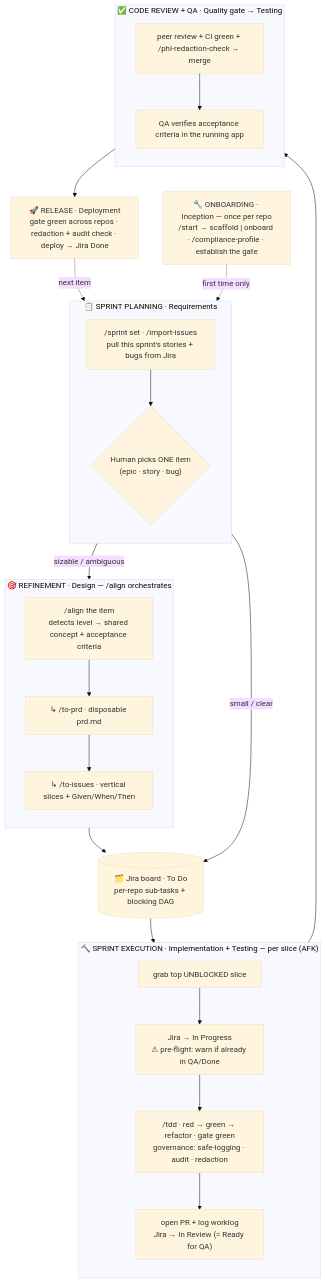
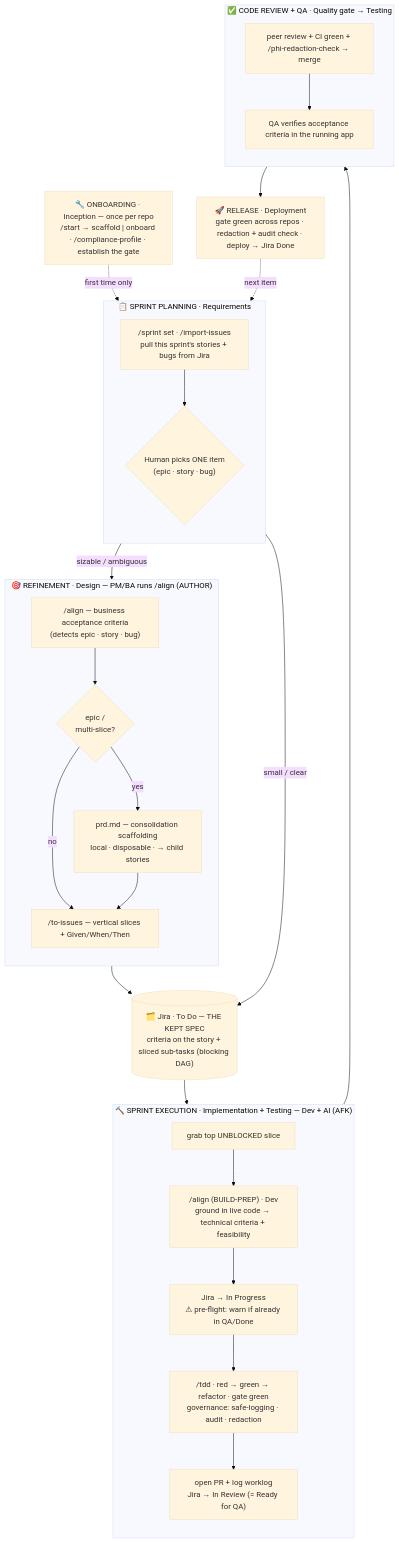
Before and after one commit to Mindbowser/health-harness: the diagram in README.md, drawn with Mermaid (base theme). The commit also changed other lines of this file, not shown here.

Commit message:
docs(readme): clarify flow — two /align personas, PRD as epic-only scaffolding, Jira as the kept spec
- Show /align twice: AUTHOR (PM/BA, refinement) → BUILD-PREP (Dev, pick-up).
- PRD is transient scaffolding for epics/large features only; small/clear
  stories go straight to slices. prd.md/align.md are local, disposable,
  gitignored — Jira is the source of truth the org reads.
- Reading note spells out "what to use, and where it lives".

````diff
--- a/README.md
+++ b/README.md
@@ -37,42 +39,45 @@
 ```mermaid
 flowchart TD
     SETUP["🔧 ONBOARDING · Inception — once per repo<br/>/start → scaffold | onboard · /compliance-profile · establish the gate"]
 
     subgraph PLAN["📋 SPRINT PLANNING · Requirements"]
         direction TB
         SP["/sprint set · /import-issues<br/>pull this sprint's stories + bugs from Jira"] --> PICK{"Human picks ONE item<br/>(epic · story · bug)"}
     end
 
-    subgraph REFINE["🎯 REFINEMENT · Design — /align orchestrates"]
+    subgraph REFINE["🎯 REFINEMENT · Design — PM/BA runs /align (AUTHOR)"]
         direction TB
-        AL["/align the item<br/>detects level → shared concept + acceptance criteria"]
-        AL --> AP["↳ /to-prd · disposable prd.md"]
-        AP --> AS["↳ /to-issues · vertical slices + Given/When/Then"]
+        AL["/align — business acceptance criteria<br/>(detects epic · story · bug)"]
+        AL --> BIG{"epic /<br/>multi-slice?"}
+        BIG -->|yes| PRD["prd.md — consolidation scaffolding<br/>local · disposable · → child stories"]
+        BIG -->|no| SL["/to-issues — vertical slices + Given/When/Then"]
+        PRD --> SL
     end
 
-    JIRA[("🗂️ Jira board · To Do<br/>per-repo sub-tasks + blocking DAG")]
+    JIRA[("🗂️ Jira · To Do — THE KEPT SPEC<br/>criteria on the story + sliced sub-tasks (blocking DAG)")]
 
-    subgraph BUILD["🔨 SPRINT EXECUTION · Implementation + Testing — per slice (AFK)"]
+    subgraph BUILD["🔨 SPRINT EXECUTION · Implementation + Testing — Dev + AI (AFK)"]
         direction TB
-        GRAB["grab top UNBLOCKED slice"] --> WIP["Jira → In Progress<br/>⚠ pre-flight: warn if already in QA/Done"]
+        GRAB["grab top UNBLOCKED slice"] --> BP["/align (BUILD-PREP) · Dev<br/>ground in live code → technical criteria + feasibility"]
+        BP --> WIP["Jira → In Progress<br/>⚠ pre-flight: warn if already in QA/Done"]
         WIP --> TDD["/tdd · red → green → refactor · gate green<br/>governance: safe-logging · audit · redaction"]
         TDD --> PRW["open PR + log worklog<br/>Jira → In Review (= Ready for QA)"]
     end
 
     subgraph VERIFY["✅ CODE REVIEW + QA · Quality gate → Testing"]
         direction TB
         CR["peer review + CI green + /phi-redaction-check → merge"]
         CR --> QA["QA verifies acceptance criteria in the running app"]
     end
 
     REL["🚀 RELEASE · Deployment<br/>gate green across repos · redaction + audit check · deploy → Jira Done"]
 
-    SETUP -.->|first time only| PLAN
-    PICK -->|sizable / ambiguous| REFINE
+    SETUP -.->|first time only| SP
+    PICK -->|sizable / ambiguous| AL
     PICK -->|small / clear| JIRA
-    REFINE --> JIRA
-    JIRA --> BUILD
-    PRW --> VERIFY
+    SL --> JIRA
+    JIRA --> GRAB
+    PRW --> CR
     QA --> REL
     REL -.->|next item| PICK
 ```
````
